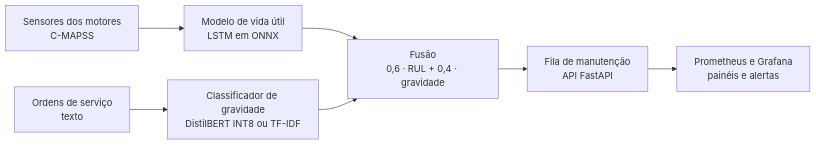
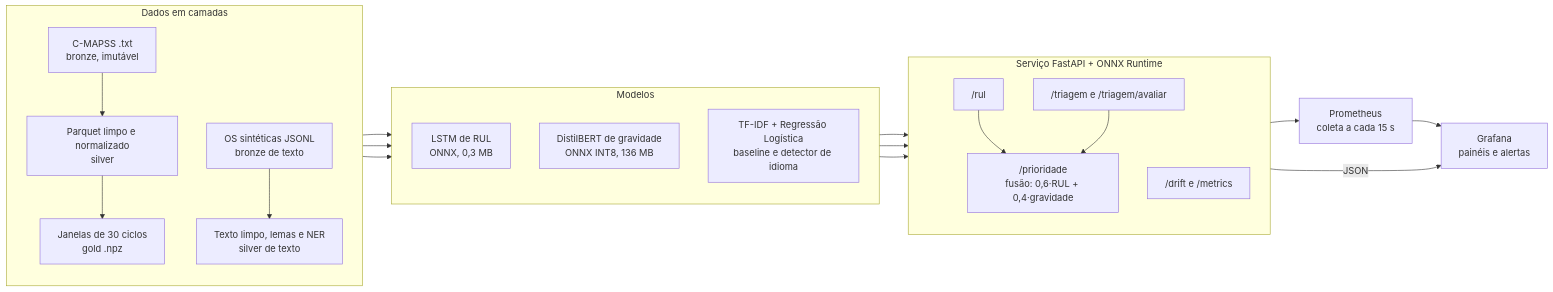
The diagram in README.md (samuelmel/manutencao-preditiva), drawn with Mermaid before and after one commit. The commit also changed other lines of this file and 16 other files, not shown here.

````diff
--- a/README.md
+++ b/README.md
@@ -34,9 +90,38 @@
 ```mermaid
 flowchart LR
-    A[Sensores dos motores<br/>C-MAPSS] --> B[Modelo de vida útil<br/>LSTM em ONNX]
-    C[Ordens de serviço<br/>texto] --> D[Classificador de gravidade<br/>DistilBERT INT8 ou TF-IDF]
-    B --> E[Fusão<br/>0,6 · RUL + 0,4 · gravidade]
-    D --> E
-    E --> F[Fila de manutenção<br/>API FastAPI]
-    F --> G[Prometheus e Grafana<br/>painéis e alertas]
+    subgraph dados[Dados em camadas]
+        direction TB
+        A[C-MAPSS .txt<br/>bronze, imutável] --> B[Parquet limpo e normalizado<br/>silver]
+        B --> C[Janelas de 30 ciclos<br/>gold .npz]
+        D[OS sintéticas JSONL<br/>bronze de texto] --> E[Texto limpo, lemas e NER<br/>silver de texto]
+    end
+
+    subgraph modelos[Modelos]
+        direction TB
+        F[LSTM de RUL<br/>ONNX, 0,3 MB]
+        G[DistilBERT de gravidade<br/>ONNX INT8, 136 MB]
+        H[TF-IDF + Regressão Logística<br/>baseline e detector de idioma]
+    end
+
+    C --> F
+    E --> G
+    E --> H
+
+    subgraph servico[Serviço FastAPI + ONNX Runtime]
+        direction TB
+        R["/rul"]
+        T["/triagem e /triagem/avaliar"]
+        P["/prioridade<br/>fusão: 0,6·RUL + 0,4·gravidade"]
+        DR["/drift e /metrics"]
+        R --> P
+        T --> P
+    end
+
+    F --> R
+    G --> T
+    H --> T
+
+    DR --> PR[Prometheus<br/>coleta a cada 15 s]
+    PR --> GR[Grafana<br/>painéis e alertas]
+    P -->|JSON| GR
 ```
````
